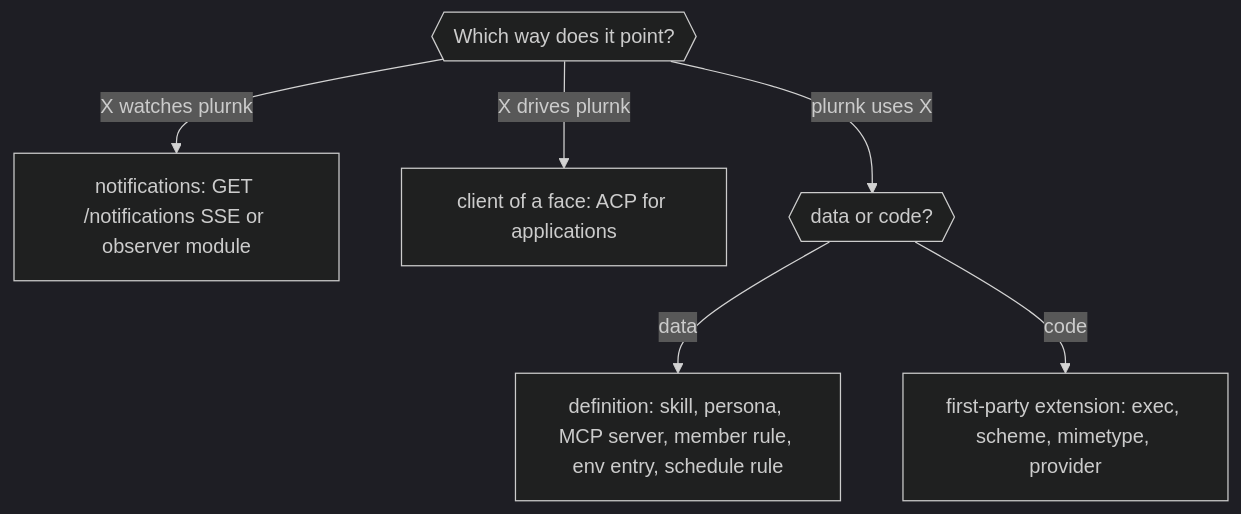
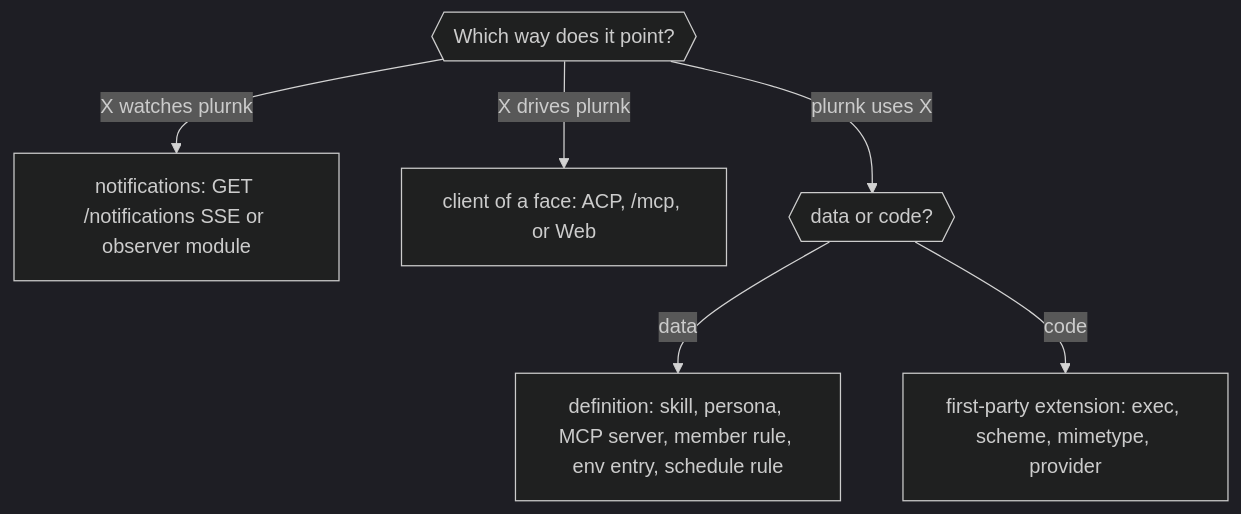
Before and after one commit to plurnk/plurnk-service: the third of 5 diagrams in ARCHITECTURE.md, drawn with Mermaid (dark theme). The commit also changed other lines of this file and 46 other files, not shown here.

````diff
--- a/ARCHITECTURE.md
+++ b/ARCHITECTURE.md
@@ -177,9 +180,9 @@
 ```mermaid
 flowchart TD
     Q{{"Which way does it point?"}}
     Q -->|"X watches plurnk"| H["notifications: GET /notifications SSE or observer module"]
-    Q -->|"X drives plurnk"| F["client of a face: ACP for applications"]
+    Q -->|"X drives plurnk"| F["client of a face: ACP, /mcp, or Web"]
     Q -->|"plurnk uses X"| U{{"data or code?"}}
     U -->|data| D["definition: skill, persona, MCP server, member rule, env entry, schedule rule"]
     U -->|code| E["first-party extension: exec, scheme, mimetype, provider"]
 ```
````
